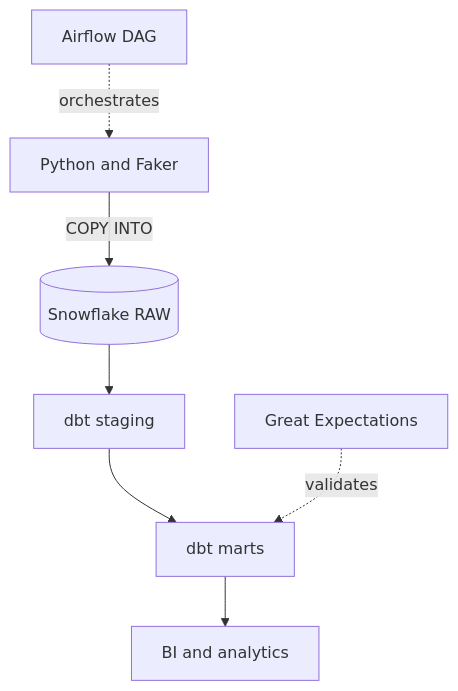
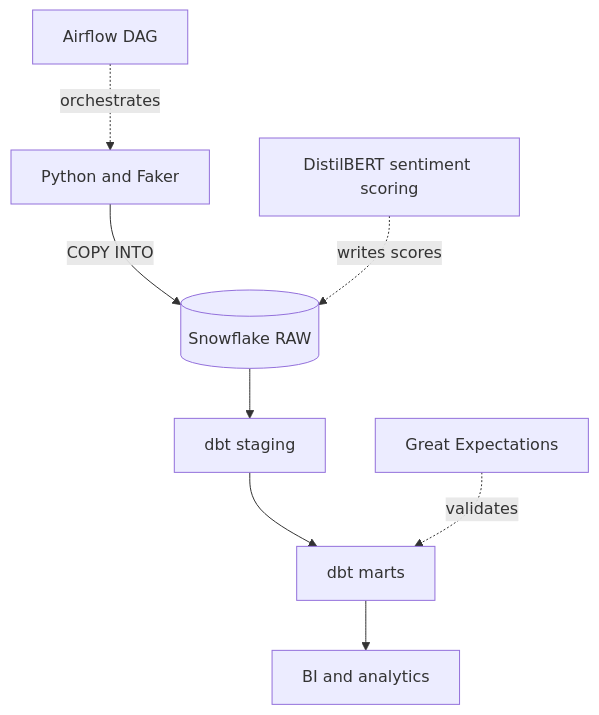
The diagram in README.md (Prasanna38430/shopstream-analytics), drawn with Mermaid before and after one commit. The commit also changed other lines of this file, not shown here.

Commit message:
document the review sentiment feature in the readme

````diff
--- a/README.md
+++ b/README.md
@@ -11,10 +11,11 @@
 ```mermaid
 flowchart TD
     A[Python and Faker] -->|COPY INTO| B[(Snowflake RAW)]
     B --> C[dbt staging]
     C --> D[dbt marts]
     D --> E[BI and analytics]
 
+    ML[DistilBERT sentiment scoring] -. writes scores .-> B
     AF[Airflow DAG] -. orchestrates .-> A
     GE[Great Expectations] -. validates .-> D
 ```
````
